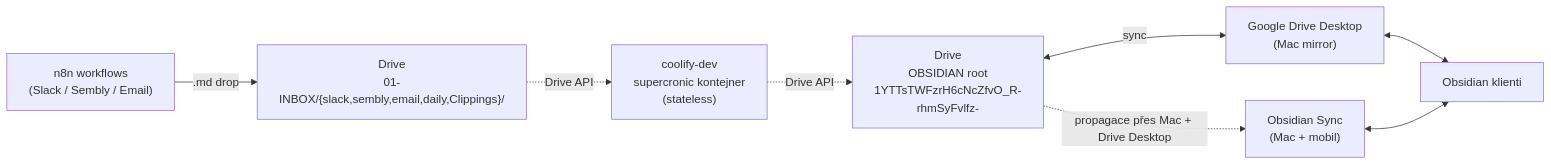
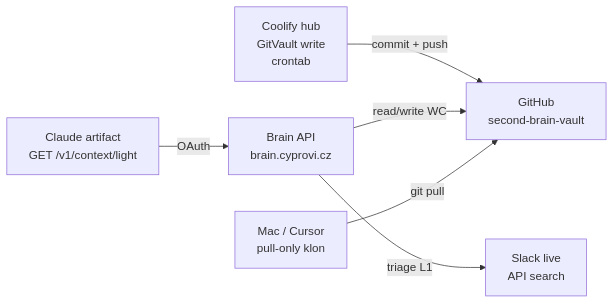
One commit to LC-RBEDU/second-brain changed the diagram in vps/second-brain-hub/docs/sync-architecture.md. Above: the diagram before and after it, drawn with Mermaid. The commit also changed other lines of this file and 29 other files, not shown here.

First line of the commit message:
Implement F4: stop Slack dump, live triage default, light context.

````diff
--- a/vps/second-brain-hub/docs/sync-architecture.md
+++ b/vps/second-brain-hub/docs/sync-architecture.md
@@ -7,18 +10,15 @@
 ```mermaid
 flowchart LR
-  n8n["n8n workflows<br/>(Slack / Sembly / Email)"]
-  driveInbox["Drive<br/>01-INBOX/{slack,sembly,email,daily,Clippings}/"]
-  cron["coolify-dev<br/>supercronic kontejner<br/>(stateless)"]
-  driveVault["Drive<br/>OBSIDIAN root<br/>1YTTsTWFzrH6cNcZfvO_R-rhmSyFvlfz-"]
-  driveDesktop["Google Drive Desktop<br/>(Mac mirror)"]
-  obsidianSync["Obsidian Sync<br/>(Mac + mobil)"]
-  obsidian["Obsidian klienti"]
+  gh["GitHub<br/>second-brain-vault"]
+  hub["Coolify hub<br/>GitVault write<br/>crontab"]
+  brain["Brain API<br/>brain.cyprovi.cz"]
+  mac["Mac / Cursor<br/>pull-only klon"]
+  artifact["Claude artifact<br/>GET /v1/context/light"]
+  slack["Slack live<br/>API search"]
 
-  n8n -->|".md drop"| driveInbox
-  driveInbox -.->|Drive API| cron
-  cron -.->|Drive API| driveVault
-  driveVault <-->|sync| driveDesktop
-  driveDesktop <--> obsidian
-  obsidianSync <--> obsidian
-  driveVault -.->|propagace přes Mac + Drive Desktop| obsidianSync
+  hub -->|commit + push| gh
+  brain -->|read/write WC| gh
+  mac -->|git pull| gh
+  artifact -->|OAuth| brain
+  brain -->|triage L1| slack
 ```
````
